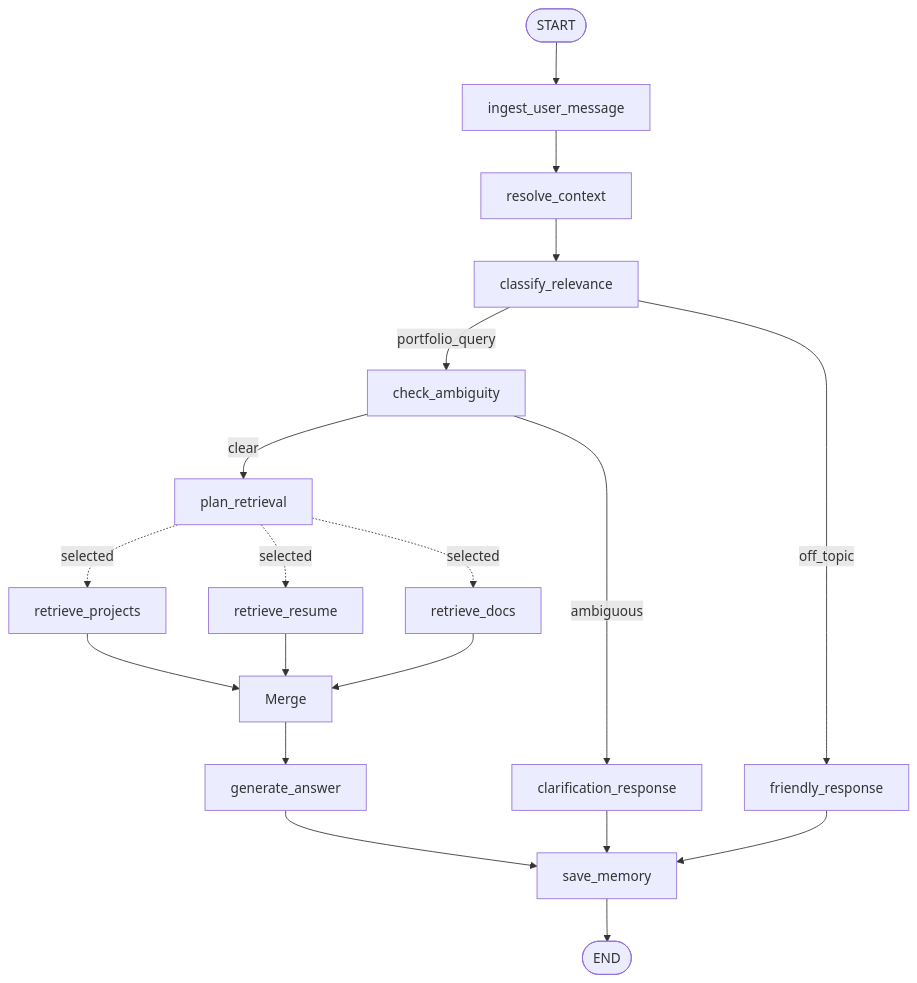
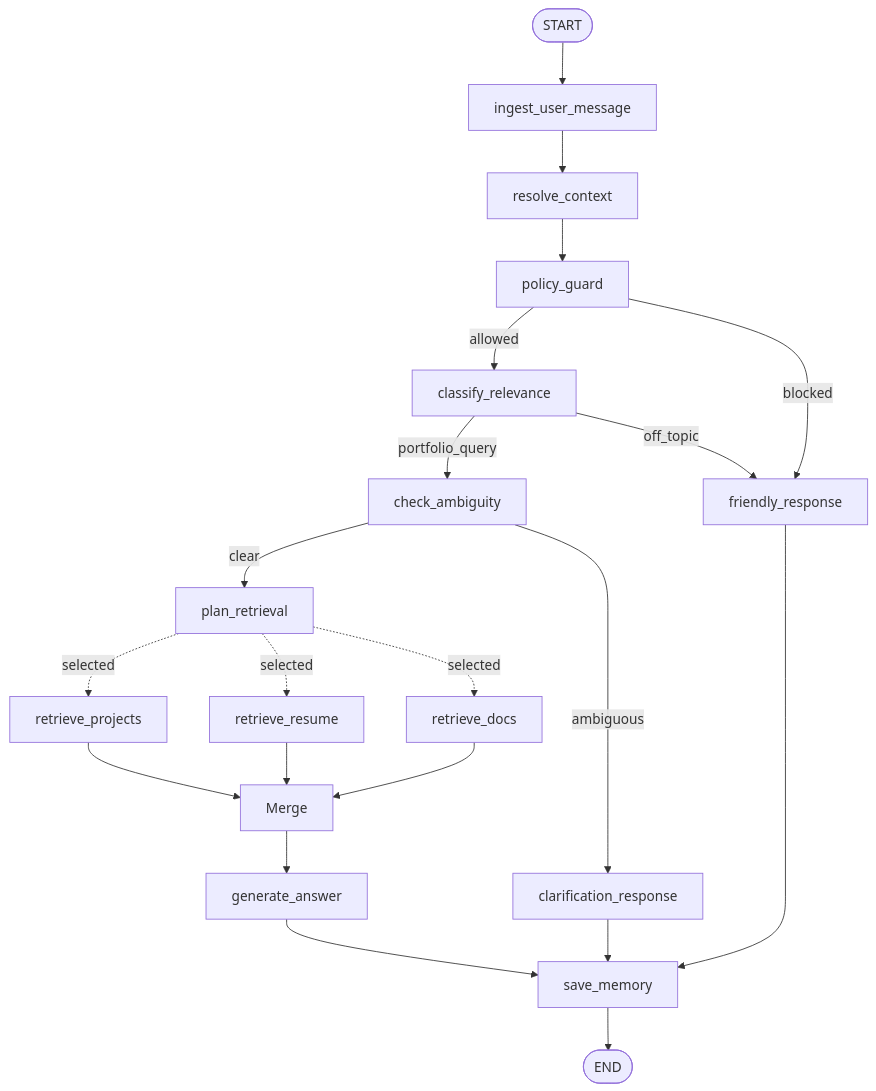
One commit to yubi00/portfolio-assistant-langgraph changed the second of 5 diagrams in LANGGRAPH_ARCHITECTURE.md. Above: the diagram before and after it, drawn with Mermaid. The commit also changed other lines of this file and 11 other files, not shown here.

Commit message:
Add deterministic policy guard

````diff
--- a/LANGGRAPH_ARCHITECTURE.md
+++ b/LANGGRAPH_ARCHITECTURE.md
@@ -78,24 +81,27 @@
 ```mermaid
 flowchart TD
     START([START]) --> Ingest[ingest_user_message]
     Ingest --> Resolve[resolve_context]
-    Resolve --> Classify[classify_relevance]
+    Resolve --> Policy[policy_guard]
+
+    Policy -->|allowed| Classify[classify_relevance]
+    Policy -->|blocked| Friendly[friendly_response]
 
     Classify -->|portfolio_query| Ambiguity[check_ambiguity]
     Classify -->|off_topic| Friendly[friendly_response]
 
     Ambiguity -->|clear| Plan[plan_retrieval]
     Ambiguity -->|ambiguous| Clarify[clarification_response]
 
     Plan -. selected .-> Projects[retrieve_projects]
     Plan -. selected .-> Resume[retrieve_resume]
     Plan -. selected .-> Docs[retrieve_docs]
     Projects --> Merge
     Resume --> Merge
     Docs --> Merge
     Merge --> Answer[generate_answer]
     Answer --> Save[save_memory]
     Clarify --> Save
     Friendly --> Save
     Save --> END([END])
 ```
````
